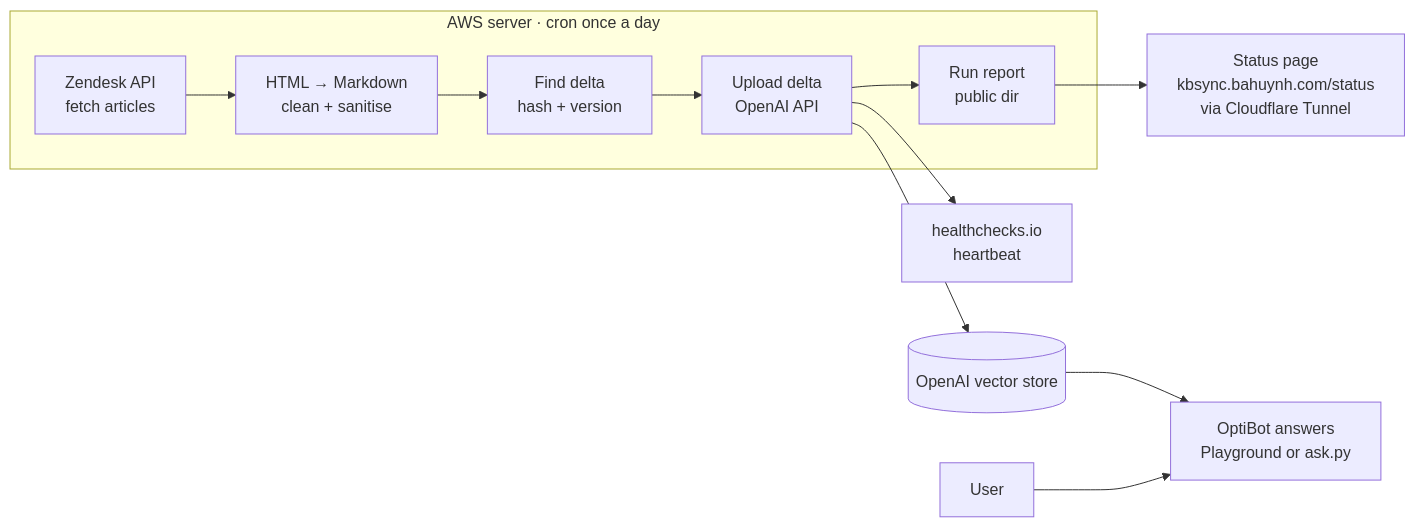
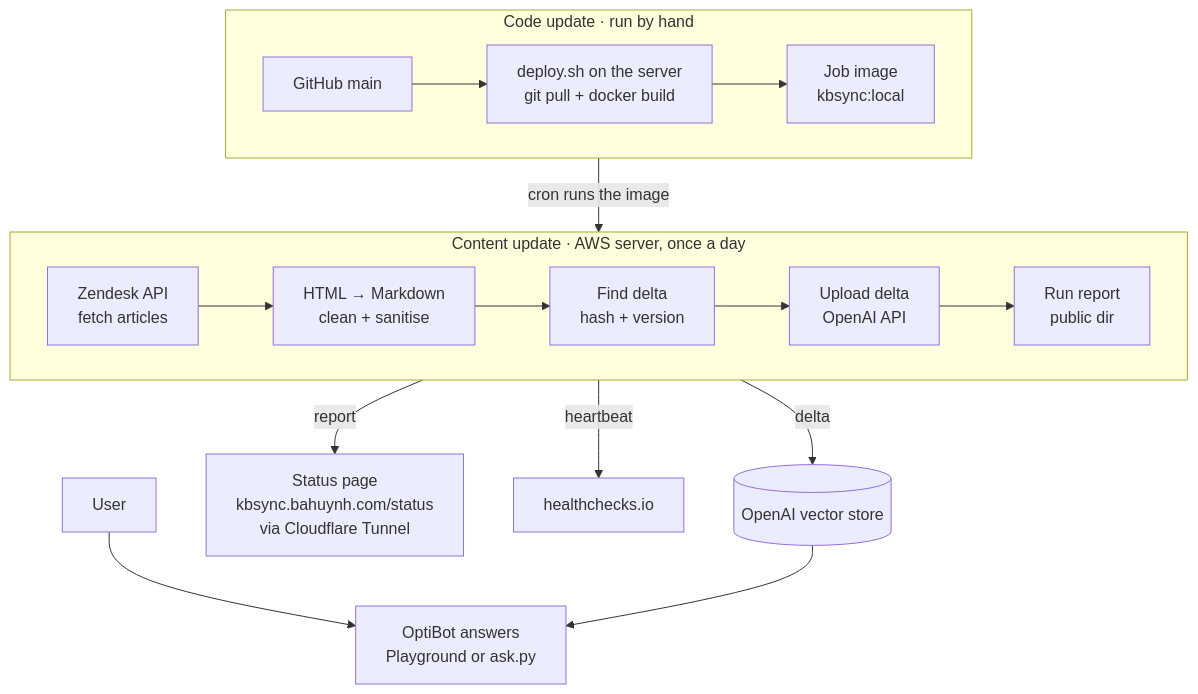
The diagram in README.md (thienba/kb-sync-lab), drawn with Mermaid before and after one commit. The commit also changed other lines of this file and 1 other file, not shown here.

Commit message:
Show the flow from code to vector store in the README and fill its gaps

````diff
--- a/README.md
+++ b/README.md
@@ -9,14 +9,21 @@
 ```mermaid
-flowchart LR
-  subgraph AWS["AWS server · cron once a day"]
+flowchart TB
+  subgraph CODE["Code update · run by hand"]
+    direction LR
+    G[GitHub main] --> DP[deploy.sh on the server<br/>git pull + docker build]
+    DP --> I[Job image<br/>kbsync:local]
+  end
+  subgraph AWS["Content update · AWS server, once a day"]
+    direction LR
     A[Zendesk API<br/>fetch articles] --> B[HTML → Markdown<br/>clean + sanitise]
     B --> C[Find delta<br/>hash + version]
     C --> D[Upload delta<br/>OpenAI API]
     D --> R[Run report<br/>public dir]
   end
-  D --> VS[(OpenAI vector store)]
-  VS --> BOT[OptiBot answers<br/>Playground or ask.py]
-  U[User] --> BOT
-  R --> S[Status page<br/>kbsync.bahuynh.com/status<br/>via Cloudflare Tunnel]
-  D --> H[healthchecks.io<br/>heartbeat]
+  CODE -->|cron runs the image| AWS
+  AWS -->|delta| VS[(OpenAI vector store)]
+  AWS -->|report| S[Status page<br/>kbsync.bahuynh.com/status<br/>via Cloudflare Tunnel]
+  AWS -->|heartbeat| H[healthchecks.io]
+  U[User] --> BOT[OptiBot answers<br/>Playground or ask.py]
+  VS --> BOT
 ```
````
